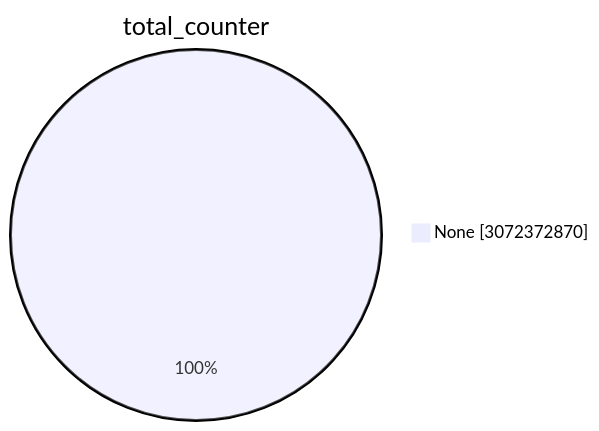
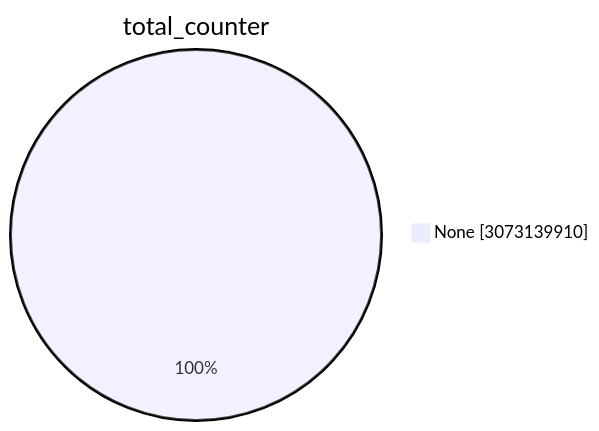
The first of 15 diagrams in TOTAL/README.md (christiankrug/ctmonitor_visualization), drawn with Mermaid before and after one commit. The commit also changed other lines of this file, not shown here.

````diff
--- a/TOTAL/README.md
+++ b/TOTAL/README.md
@@ -1,5 +1,5 @@
 ```mermaid
 pie showData
 title total_counter
-"None" :3072372870
+"None" :3073139910
 ```
````
